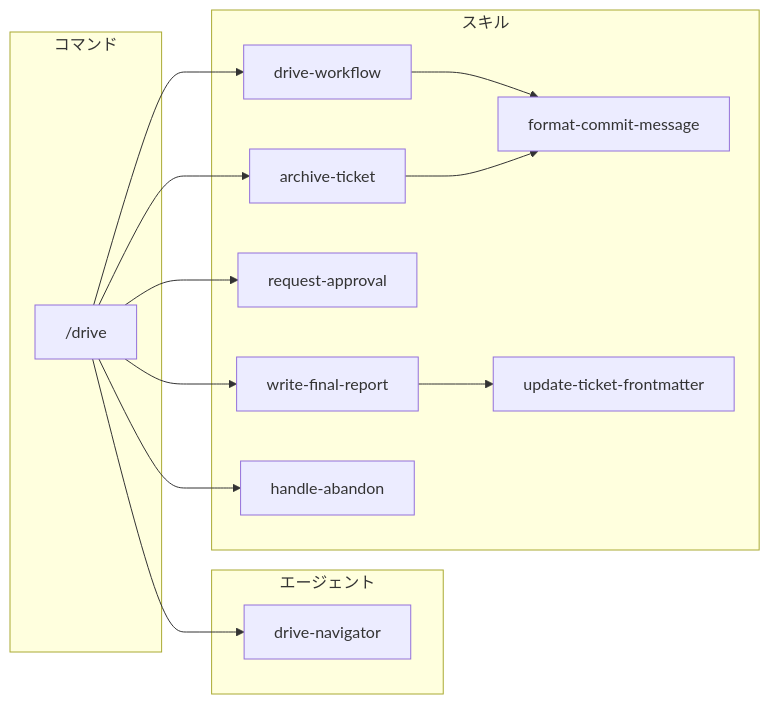
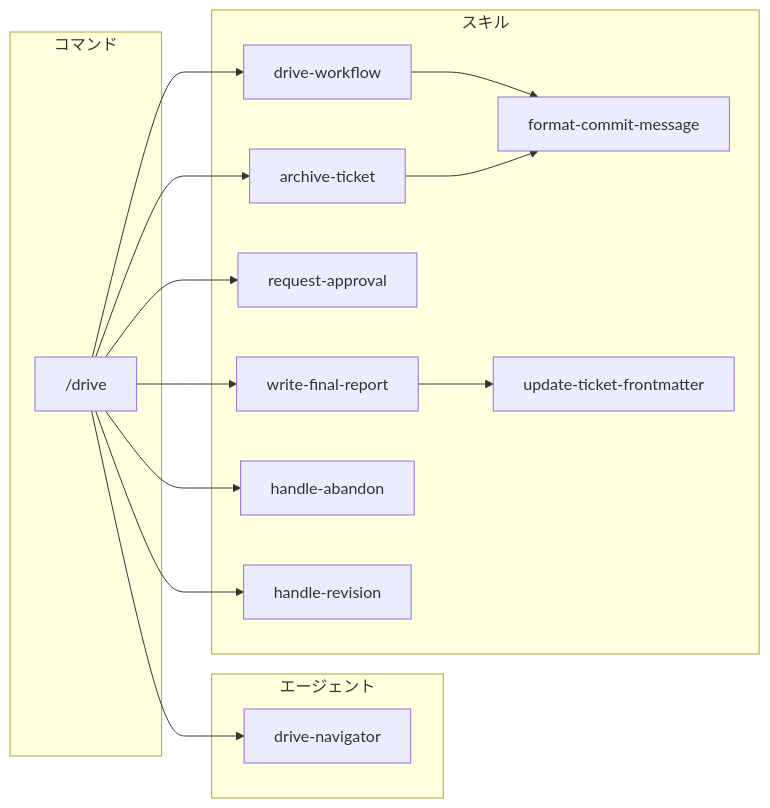
One commit to qmu/workaholic changed the third of 6 diagrams in .workaholic/specs/architecture_ja.md. Above: the diagram before and after it, drawn with Mermaid. The commit also changed other lines of this file and 2 other files, not shown here.

First line of the commit message:
Update architecture spec with new agents and skills

````diff
--- a/.workaholic/specs/architecture_ja.md
+++ b/.workaholic/specs/architecture_ja.md
@@ -182,28 +211,29 @@
 ```mermaid
 flowchart LR
     subgraph コマンド
         drive["/drive"]
     end
 
     subgraph エージェント
         dn[drive-navigator]
     end
 
     subgraph スキル
         dw[drive-workflow]
         at[archive-ticket]
         ra[request-approval]
         wfr[write-final-report]
         ha[handle-abandon]
+        hr[handle-revision]
         fcm[format-commit-message]
         utf[update-ticket-frontmatter]
     end
 
     drive --> dn
-    drive --> dw & at & ra & wfr & ha
+    drive --> dw & at & ra & wfr & ha & hr
 
     %% Skill-to-skill
     dw --> fcm
     at --> fcm
     wfr --> utf
 ```
````
